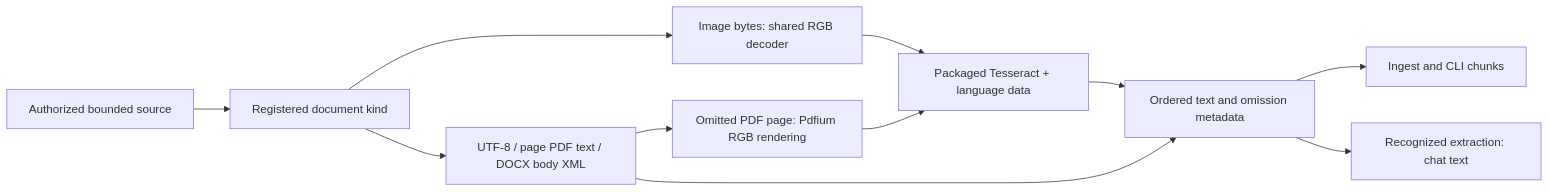
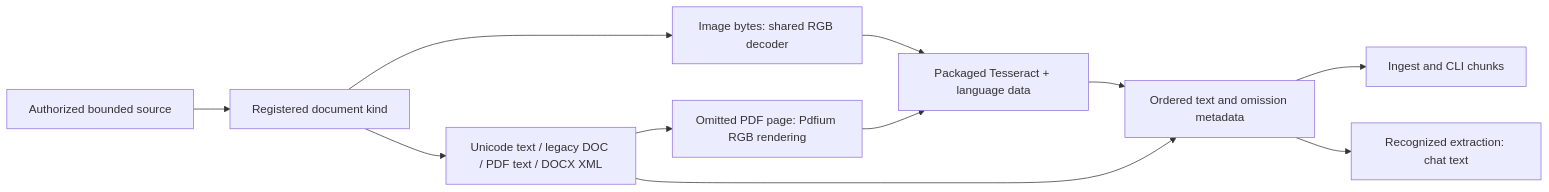
Before and after one commit to cluaiz/cluaiz: the diagram in engine/media/src/documents/README.md, drawn with Mermaid. The commit also changed other lines of this file and 31 other files, not shown here.

````diff
--- a/engine/media/src/documents/README.md
+++ b/engine/media/src/documents/README.md
@@ -7,13 +7,13 @@
 ```mermaid
 flowchart LR
     A["Authorized bounded source"] --> B["Registered document kind"]
-    B --> C["UTF-8 / page PDF text / DOCX body XML"]
+    B --> C["Unicode text / legacy DOC / PDF text / DOCX XML"]
     B --> I["Image bytes: shared RGB decoder"]
     C --> P["Omitted PDF page: Pdfium RGB rendering"]
     I --> O["Packaged Tesseract + language data"]
     P --> O
     O --> D
     C --> D["Ordered text and omission metadata"]
     D --> E["Ingest and CLI chunks"]
     D --> F["Recognized extraction: chat text"]
 ```
````
